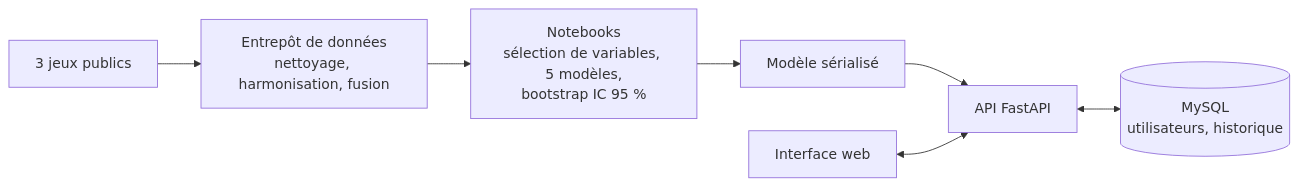
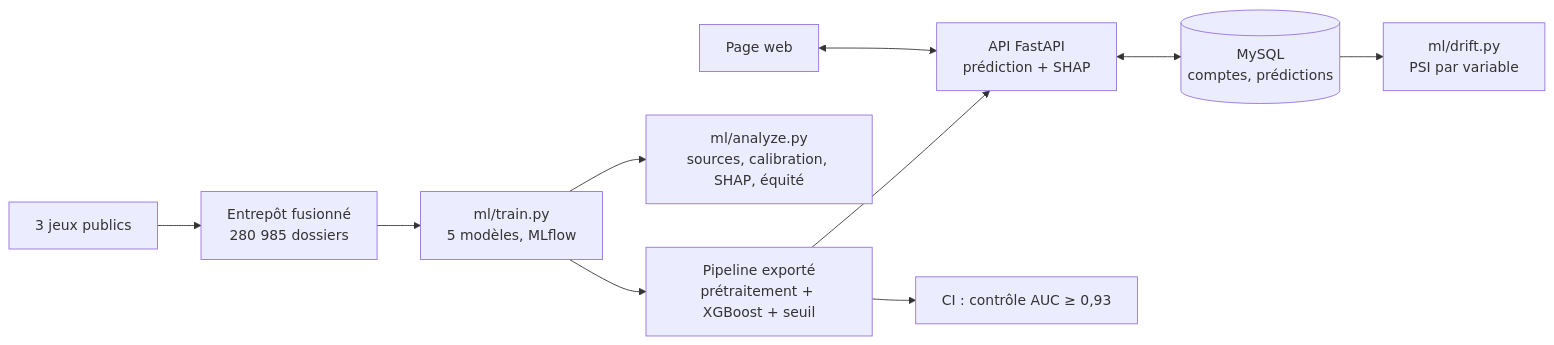
Before and after one commit to youri-nkouakep/Medipredict: the diagram in README.md, drawn with Mermaid. The commit also changed other lines of this file and 3 other files, not shown here.

````diff
--- a/README.md
+++ b/README.md
@@ -48,9 +131,12 @@
 ```mermaid
 flowchart LR
-    A[3 jeux publics] --> B[Entrepôt de données<br/>nettoyage, harmonisation, fusion]
-    B --> C[Notebooks<br/>sélection de variables, 5 modèles,<br/>bootstrap IC 95 %]
-    C --> D[Modèle sérialisé]
-    D --> E[API FastAPI]
-    F[Interface web] <--> E
-    E <--> G[(MySQL<br/>utilisateurs, historique)]
+    A[3 jeux publics] --> B[Entrepôt fusionné<br/>280 985 dossiers]
+    B --> C[ml/train.py<br/>5 modèles, MLflow]
+    C --> D[Pipeline exporté<br/>prétraitement + XGBoost + seuil]
+    C --> E[ml/analyze.py<br/>sources, calibration, SHAP, équité]
+    D --> F[API FastAPI<br/>prédiction + SHAP]
+    F <--> G[(MySQL<br/>comptes, prédictions)]
+    G --> H[ml/drift.py<br/>PSI par variable]
+    D --> I[CI : contrôle AUC ≥ 0,93]
+    J[Page web] <--> F
 ```
````
